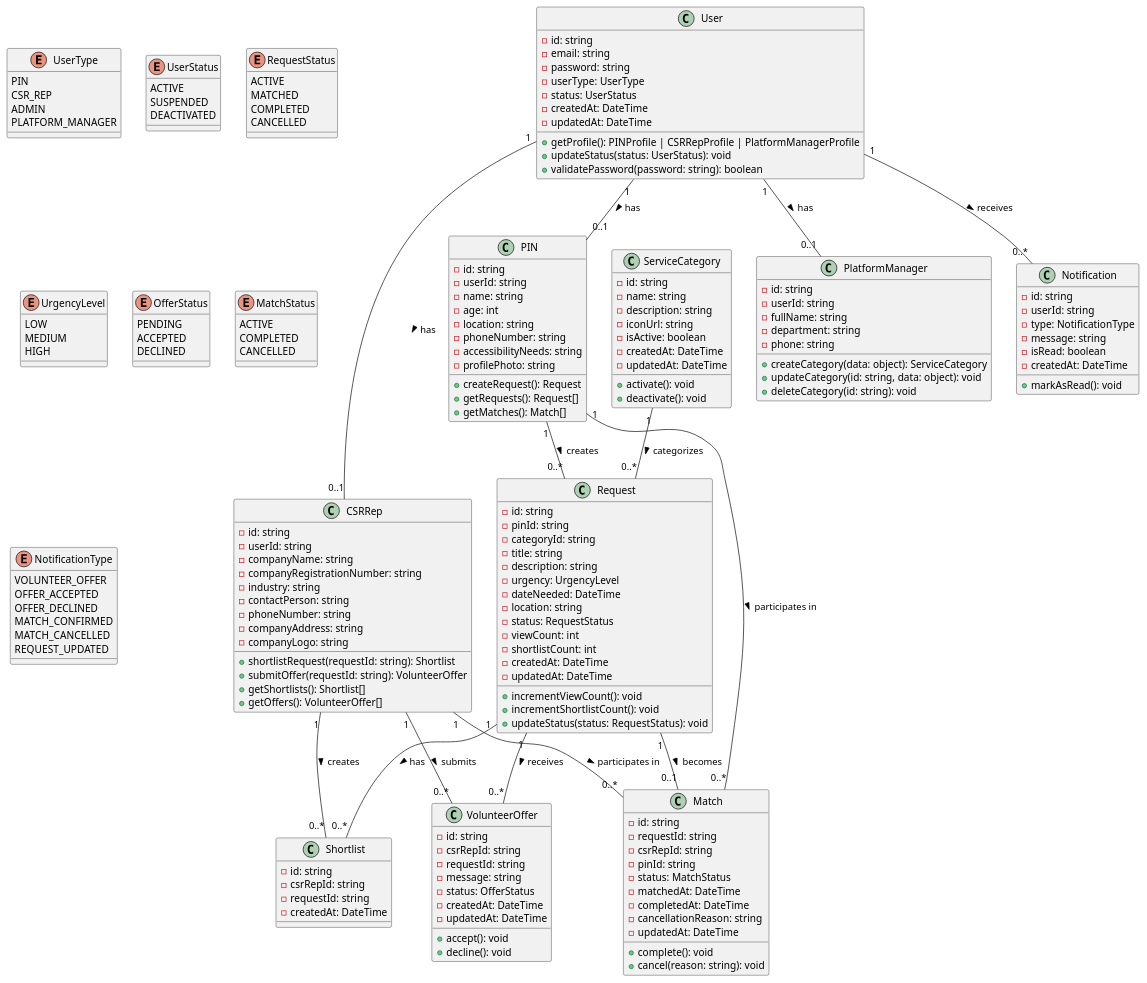
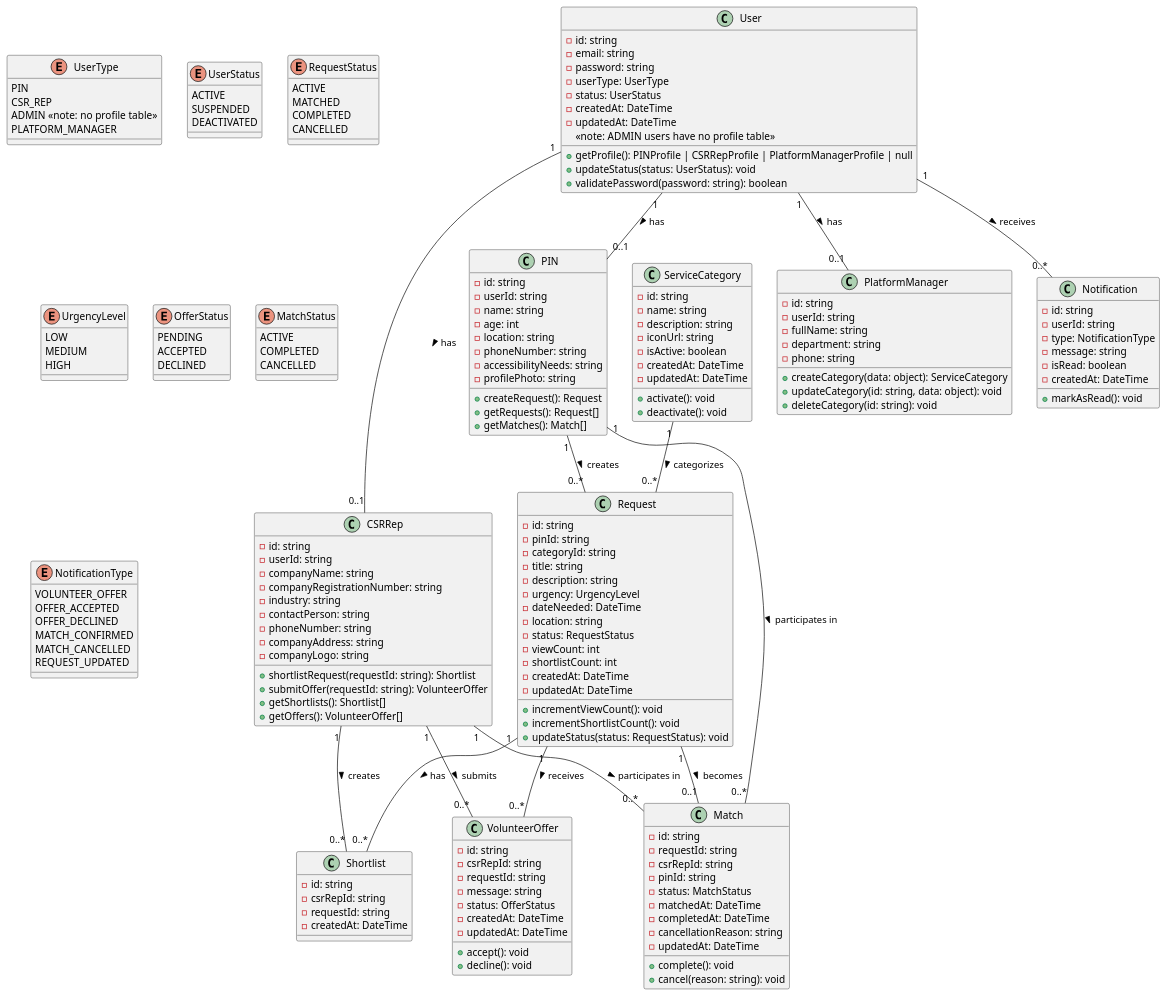
The second of 4 diagrams in CLASS_DIAGRAMS.md (MatthewGohyy/CSR-Volunteer-Matching-System), drawn with PlantUML before and after one commit. The commit also changed other lines of this file and 20 other files, not shown here.

```diff
--- a/CLASS_DIAGRAMS.md
+++ b/CLASS_DIAGRAMS.md
@@ -161,7 +165,7 @@
 enum UserType {
   PIN
   CSR_REP
-  ADMIN
+  ADMIN <<note: no profile table>>
   PLATFORM_MANAGER
 }
 
@@ -214,7 +218,8 @@
   - status: UserStatus
   - createdAt: DateTime
   - updatedAt: DateTime
-  + getProfile(): PINProfile | CSRRepProfile | PlatformManagerProfile
+  <<note: ADMIN users have no profile table>>
+  + getProfile(): PINProfile | CSRRepProfile | PlatformManagerProfile | null
   + updateStatus(status: UserStatus): void
   + validatePassword(password: string): boolean
 }
```
